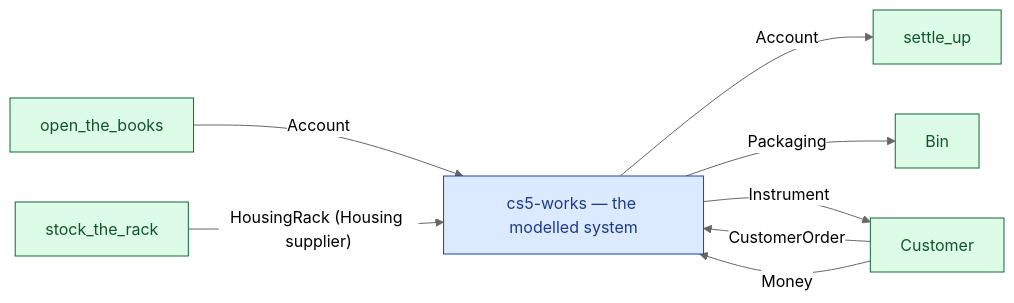
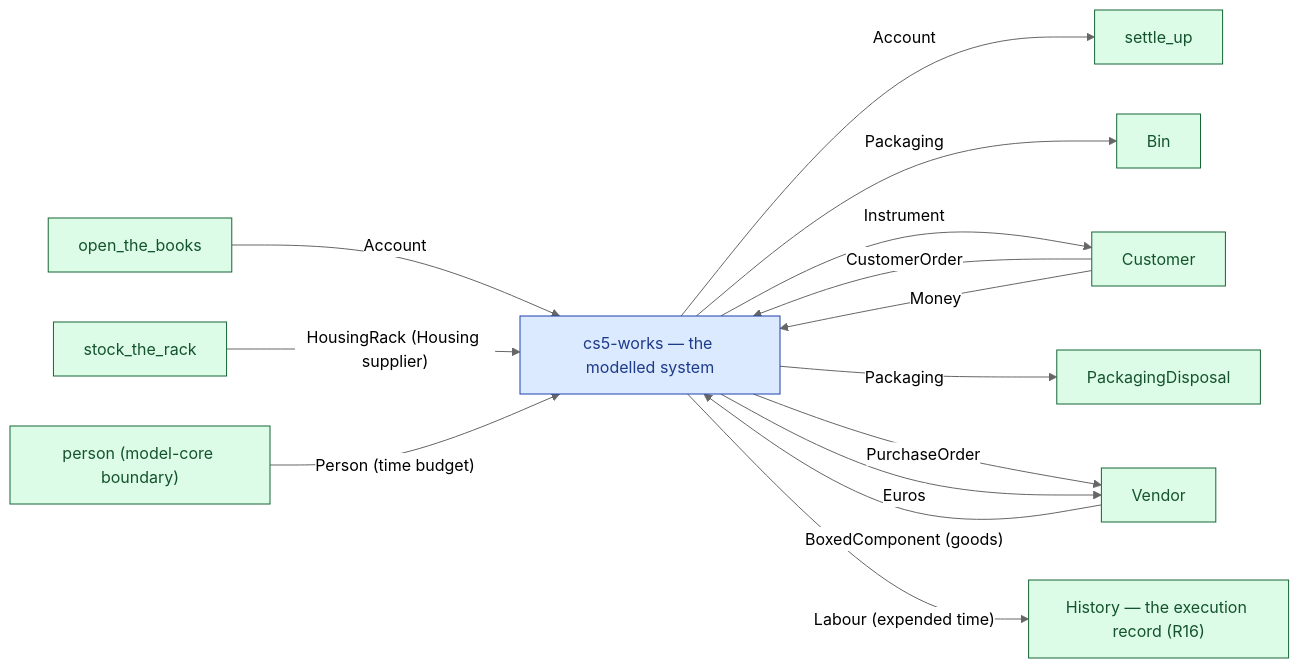
The diagram in docs/diagrams/cs5-works/context.md (twalmsley/lavoisier), drawn with Mermaid (neutral theme) before and after one commit. The commit also changed other lines of this file and 202 other files, not shown here.

````diff
--- a/docs/diagrams/cs5-works/context.md
+++ b/docs/diagrams/cs5-works/context.md
@@ -7,31 +7,43 @@
 ```mermaid
 flowchart LR
   classDef process fill:#dbeafe,stroke:#1e40af,color:#1e3a8a;
   classDef boundary fill:#dcfce7,stroke:#166534,color:#14532d;
   classDef sink fill:#fee2e2,stroke:#991b1b,color:#7f1d1d;
   classDef helper fill:#f3e8ff,stroke:#6b21a8,color:#581c87;
   classDef grouping fill:#ffedd5,stroke:#9a3412,color:#7c2d12;
   classDef flowio fill:#e2e8f0,stroke:#334155,color:#0f172a;
   classDef resource fill:#fef9c3,stroke:#854d0e,color:#713f12;
   classDef external fill:#dcfce7,stroke:#166534,color:#14532d;
   classDef system fill:#dbeafe,stroke:#1e40af,color:#1e3a8a;
   n_system["cs5-works — the modelled system"]:::system
   n_open_the_books["open_the_books"]:::external
   n_Customer["Customer"]:::external
   n_exit_settle_up["settle_up"]:::external
   n_stock_the_rack["stock_the_rack"]:::external
   n_Bin["Bin"]:::external
+  n_PackagingDisposal["PackagingDisposal"]:::external
+  n_Vendor["Vendor"]:::external
+  n_person["person (model-core boundary)"]:::external
+  n_history["History — the execution record (R16)"]:::external
   n_open_the_books -- "Account" --> n_system
   n_Customer -- "CustomerOrder" --> n_system
   n_Customer -- "Money" --> n_system
   n_system -- "Account" --> n_exit_settle_up
   n_stock_the_rack -- "HousingRack (Housing supplier)" --> n_system
   n_system -- "Packaging" --> n_Bin
   n_system -- "Instrument" --> n_Customer
+  n_system -- "Packaging" --> n_PackagingDisposal
+  n_system -- "PurchaseOrder" --> n_Vendor
+  n_system -- "Euros" --> n_Vendor
+  n_Vendor -- "BoxedComponent (goods)" --> n_system
+  n_person -- "Person (time budget)" --> n_system
+  n_system -- "Labour (expended time)" --> n_history
   click n_system "https://github.com/twalmsley/lavoisier/blob/main/model/cs5-works/src/lib.rs#L1" "model/cs5-works/src/lib.rs"
   click n_open_the_books "https://github.com/twalmsley/lavoisier/blob/main/model/cs5-works/src/resources.rs#L303" "model/cs5-works/src/resources.rs"
   click n_Customer "https://github.com/twalmsley/lavoisier/blob/main/model/cs5-works/src/resources.rs#L274" "model/cs5-works/src/resources.rs"
   click n_exit_settle_up "https://github.com/twalmsley/lavoisier/blob/main/model/cs5-works/src/resources.rs#L315" "model/cs5-works/src/resources.rs"
   click n_stock_the_rack "https://github.com/twalmsley/lavoisier/blob/main/model/cs5-works/src/resources.rs#L345" "model/cs5-works/src/resources.rs"
   click n_Bin "https://github.com/twalmsley/lavoisier/blob/main/model/cs5-works/src/resources.rs#L186" "model/cs5-works/src/resources.rs"
+  click n_PackagingDisposal "https://github.com/twalmsley/lavoisier/blob/main/model/cs5-supply/src/resources.rs#L350" "model/cs5-supply/src/resources.rs"
+  click n_Vendor "https://github.com/twalmsley/lavoisier/blob/main/model/cs5-supply/src/resources.rs#L237" "model/cs5-supply/src/resources.rs"
 ```
````
